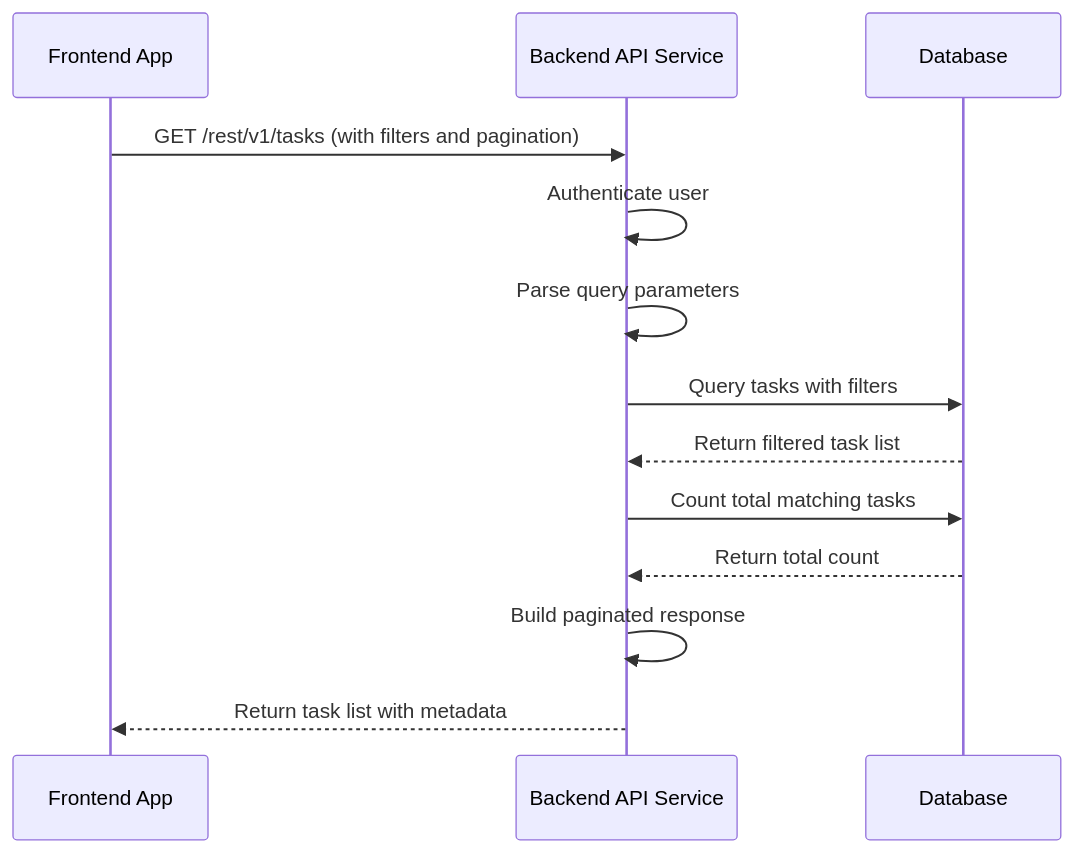
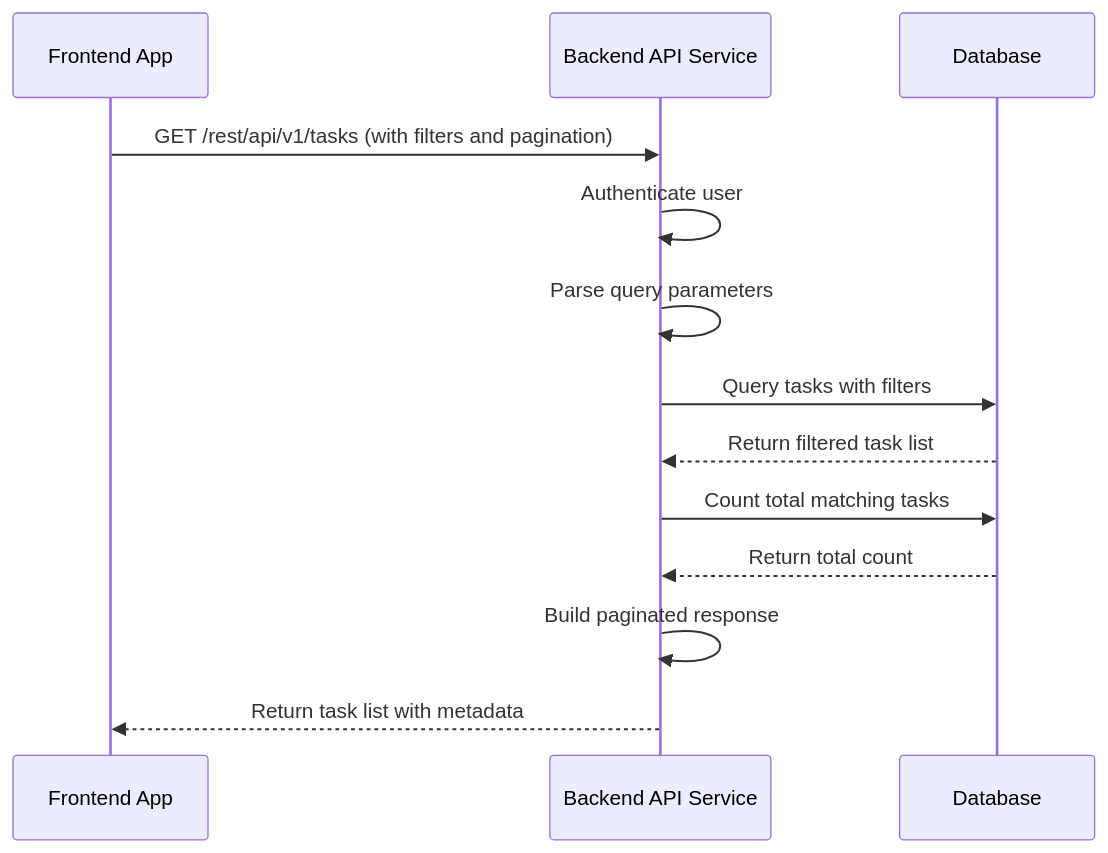
The fourth of 9 diagrams in docs/sequence-diagrams-api-handling.md (andrewhzy/SpringHttpClientDataJpaDemo), drawn with Mermaid before and after one commit. The commit also changed other lines of this file and 8 other files, not shown here.

````diff
--- a/docs/sequence-diagrams-api-handling.md
+++ b/docs/sequence-diagrams-api-handling.md
@@ -92,19 +92,19 @@
 ```mermaid
 sequenceDiagram
     participant FE as Frontend App
     participant API as Backend API Service
     participant DB as Database
     
-    FE->>API: GET /rest/v1/tasks (with filters and pagination)
+    FE->>API: GET /rest/api/v1/tasks (with filters and pagination)
     API->>API: Authenticate user
     API->>API: Parse query parameters
     
     API->>DB: Query tasks with filters
     DB-->>API: Return filtered task list
     
     API->>DB: Count total matching tasks
     DB-->>API: Return total count
     
     API->>API: Build paginated response
     API-->>FE: Return task list with metadata
 ```
````
